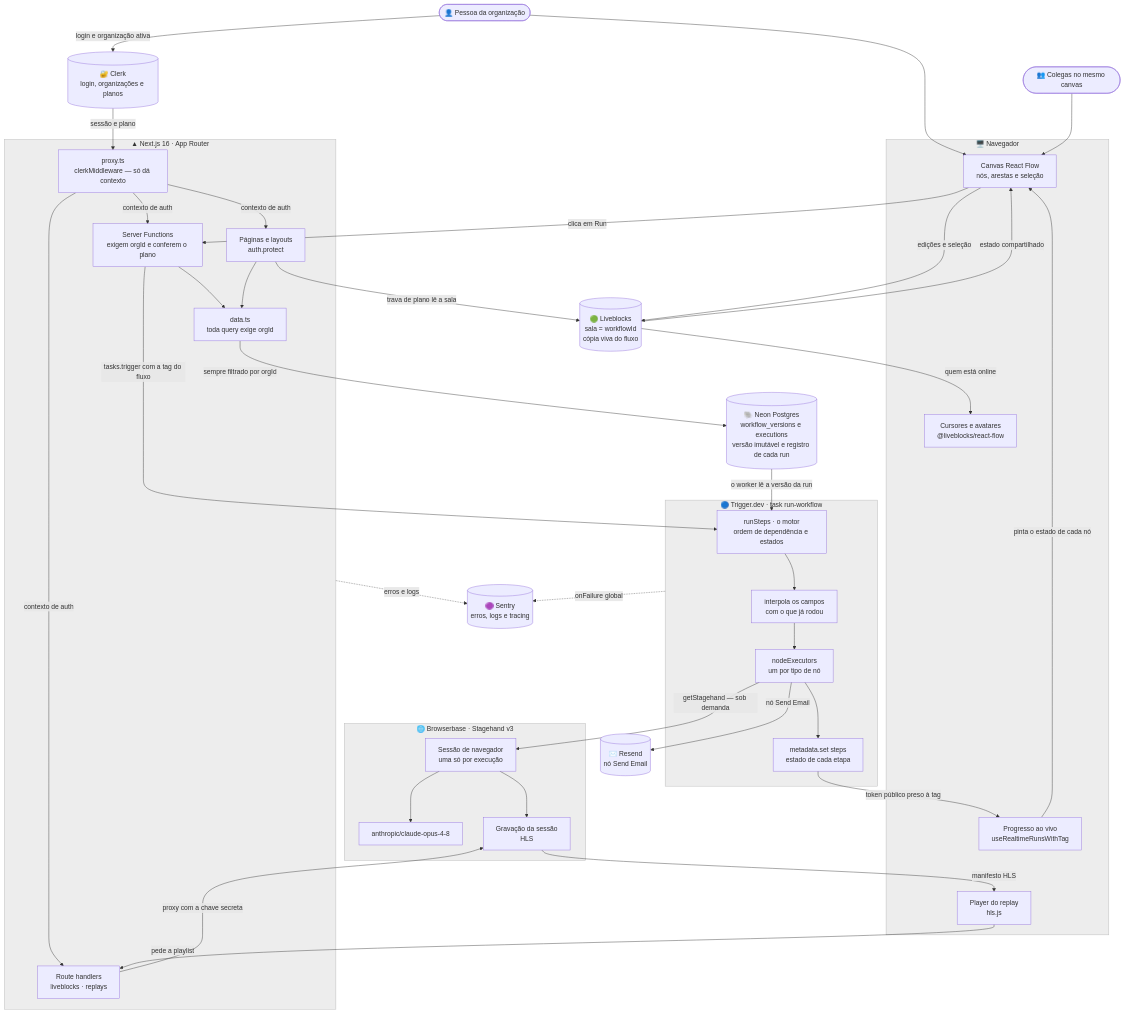
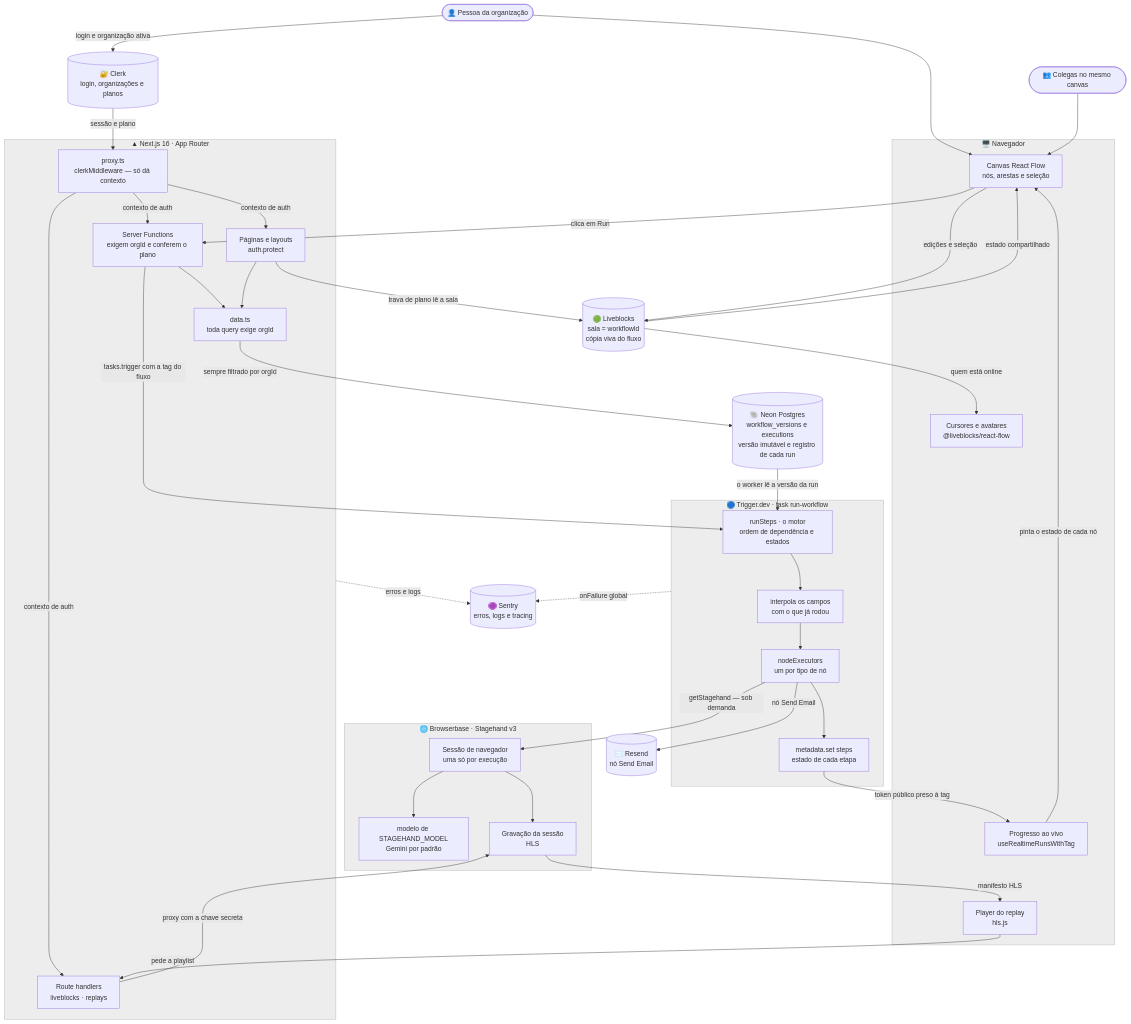
Before and after one commit to renatomf/nextjs-switchboard: the fifth of 6 diagrams in README.md, drawn with Mermaid. The commit also changed other lines of this file and 1 other file, not shown here.

First line of the commit message:
docs: describe model selection and record two findings

````diff
--- a/README.md
+++ b/README.md
@@ -294,78 +294,78 @@
 ```mermaid
 %%{init: {'themeVariables': {'clusterBkg': 'rgba(127,127,127,0.14)', 'clusterBorder': 'rgba(127,127,127,0.50)', 'noteBkgColor': 'rgba(127,127,127,0.14)', 'noteBorderColor': 'rgba(127,127,127,0.50)', 'labelBoxBkgColor': 'rgba(127,127,127,0.14)', 'labelBoxBorderColor': 'rgba(127,127,127,0.50)'}}}%%
 flowchart TB
     Pessoa(["👤 Pessoa da organização"])
     Colega(["👥 Colegas no mesmo canvas"])
 
     subgraph Nav["🖥️ Navegador"]
         Canvas["Canvas React Flow<br/>nós, arestas e seleção"]
         Presenca["Cursores e avatares<br/>@liveblocks/react-flow"]
         Assina["Progresso ao vivo<br/>useRealtimeRunsWithTag"]
         Player["Player do replay<br/>hls.js"]
     end
 
     subgraph Web["▲ Next.js 16 · App Router"]
         Proxy["proxy.ts<br/>clerkMiddleware — só dá contexto"]
         Paginas["Páginas e layouts<br/>auth.protect"]
         Actions["Server Functions<br/>exigem orgId e conferem o plano"]
         Rotas["Route handlers<br/>liveblocks · replays"]
         Dados["data.ts<br/>toda query exige orgId"]
     end
 
     Clerk[("🔐 Clerk<br/>login, organizações e planos")]
     Sala[("🟢 Liveblocks<br/>sala = workflowId<br/>cópia viva do fluxo")]
     Banco[("🐘 Neon Postgres<br/>workflow_versions e executions<br/>versão imutável e registro de cada run")]
 
     subgraph Worker["🔵 Trigger.dev · task run-workflow"]
         Topo["runSteps · o motor<br/>ordem de dependência e estados"]
         Interp["interpola os campos<br/>com o que já rodou"]
         Exec["nodeExecutors<br/>um por tipo de nó"]
         Meta["metadata.set steps<br/>estado de cada etapa"]
     end
 
     subgraph BB["🌐 Browserbase · Stagehand v3"]
         Sessao["Sessão de navegador<br/>uma só por execução"]
-        Modelo["anthropic/claude-opus-4-8"]
+        Modelo["modelo de STAGEHAND_MODEL<br/>Gemini por padrão"]
         Grav["Gravação da sessão<br/>HLS"]
     end
 
     Resend[("✉️ Resend<br/>nó Send Email")]
     Sentry[("🟣 Sentry<br/>erros, logs e tracing")]
 
     Pessoa --> Canvas
     Colega --> Canvas
     Canvas -->|"edições e seleção"| Sala
     Sala -->|"estado compartilhado"| Canvas
     Sala -->|"quem está online"| Presenca
 
     Pessoa -->|"login e organização ativa"| Clerk
     Clerk -->|"sessão e plano"| Proxy
     Proxy -->|"contexto de auth"| Paginas
     Proxy -->|"contexto de auth"| Actions
     Proxy -->|"contexto de auth"| Rotas
 
     Canvas -->|"clica em Run"| Actions
     Paginas -->|"trava de plano lê a sala"| Sala
     Actions --> Dados
     Paginas --> Dados
     Dados -->|"sempre filtrado por orgId"| Banco
 
     Actions -->|"tasks.trigger com a tag do fluxo"| Topo
     Banco -->|"o worker lê a versão da run"| Topo
     Topo --> Interp --> Exec
     Exec --> Meta
     Meta -->|"token público preso à tag"| Assina
     Assina -->|"pinta o estado de cada nó"| Canvas
 
     Exec -->|"getStagehand — sob demanda"| Sessao
     Sessao --> Modelo
     Sessao --> Grav
     Exec -->|"nó Send Email"| Resend
 
     Player -->|"pede a playlist"| Rotas
     Rotas -->|"proxy com a chave secreta"| Grav
     Grav -->|"manifesto HLS"| Player
 
     Web -.->|"erros e logs"| Sentry
     Worker -.->|"onFailure global"| Sentry
 ```
````
